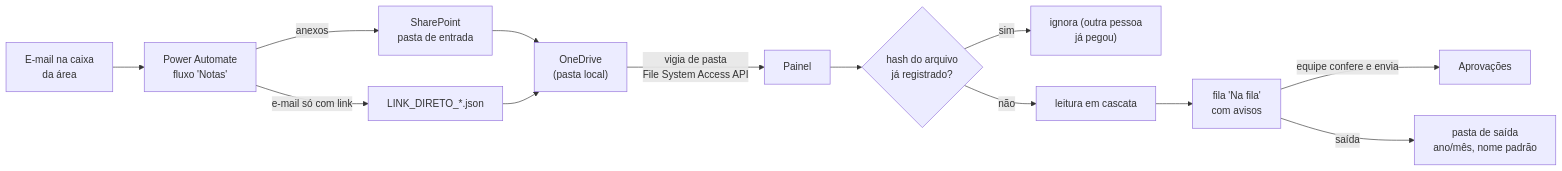
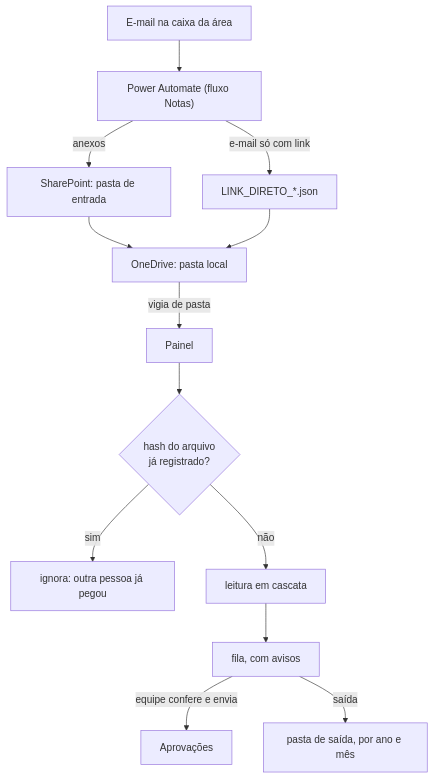
Before and after one commit to Taveshu19/plataforma-notas-fiscais: the diagram in docs/04-entrada-e-leitura.md, drawn with Mermaid. The commit also changed 9 other files, not shown here.

First line of the commit message:
Diagramas legíveis no GitHub e sem erro de sintaxe

````diff
--- a/docs/04-entrada-e-leitura.md
+++ b/docs/04-entrada-e-leitura.md
@@ -5,15 +5,14 @@
 ```mermaid
-flowchart LR
-  E["E-mail na caixa<br/>da área"] --> PA["Power Automate<br/>fluxo 'Notas'"]
-  PA -->|anexos| SP["SharePoint<br/>pasta de entrada"]
+flowchart TD
+  E["E-mail na caixa da área"] --> PA["Power Automate (fluxo Notas)"]
+  PA -->|"anexos"| SP["SharePoint: pasta de entrada"]
   PA -->|"e-mail só com link"| J["LINK_DIRETO_*.json"]
-  SP --> OD["OneDrive<br/>(pasta local)"]
-  J --> OD
-  OD -->|"vigia de pasta<br/>File System Access API"| P["Painel"]
+  SP & J --> OD["OneDrive: pasta local"]
+  OD -->|"vigia de pasta"| P["Painel"]
   P --> H{"hash do arquivo<br/>já registrado?"}
-  H -- sim --> X["ignora (outra pessoa<br/>já pegou)"]
-  H -- não --> L["leitura em cascata"]
-  L --> F["fila 'Na fila'<br/>com avisos"]
+  H -->|"sim"| X["ignora: outra pessoa já pegou"]
+  H -->|"não"| L["leitura em cascata"]
+  L --> F["fila, com avisos"]
   F -->|"equipe confere e envia"| A["Aprovações"]
-  F -->|"saída"| S["pasta de saída<br/>ano/mês, nome padrão"]
+  F -->|"saída"| S["pasta de saída, por ano e mês"]
 ```
````
